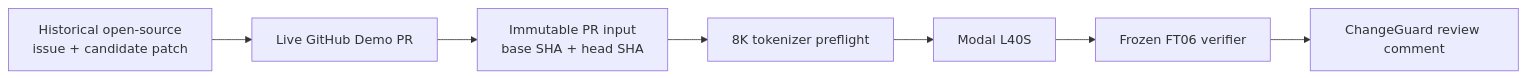
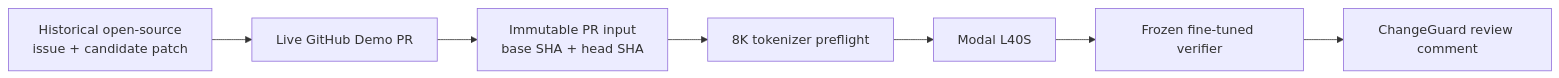
One commit to tkim602/PatchCheck changed the first of 3 diagrams in README.md. Above: the diagram before and after it, drawn with Mermaid. The commit also changed other lines of this file, not shown here.

````diff
--- a/README.md
+++ b/README.md
@@ -29,12 +47,12 @@
 ```mermaid
 flowchart LR
     A[Historical open-source<br/>issue + candidate patch]
     B[Live GitHub Demo PR]
     C[Immutable PR input<br/>base SHA + head SHA]
     D[8K tokenizer preflight]
     E[Modal L40S]
-    F[Frozen FT06 verifier]
+    F[Frozen fine-tuned verifier]
     G[ChangeGuard review comment]
 
     A --> B --> C --> D --> E --> F --> G
 ```
````
